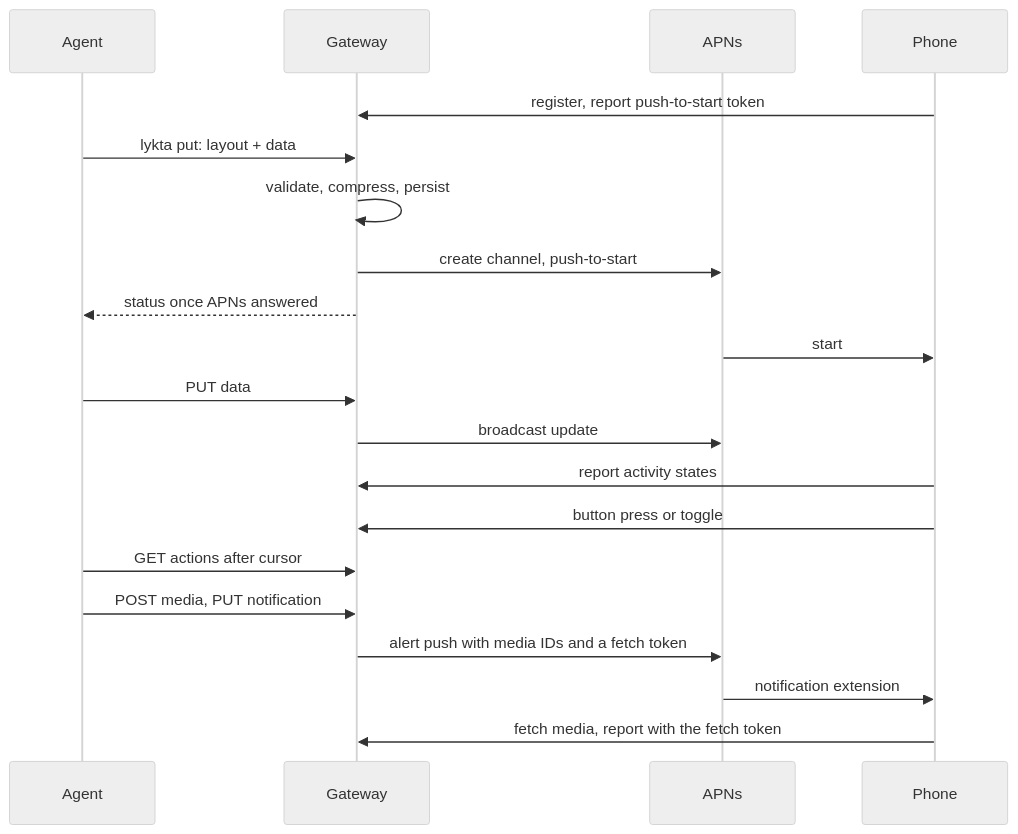
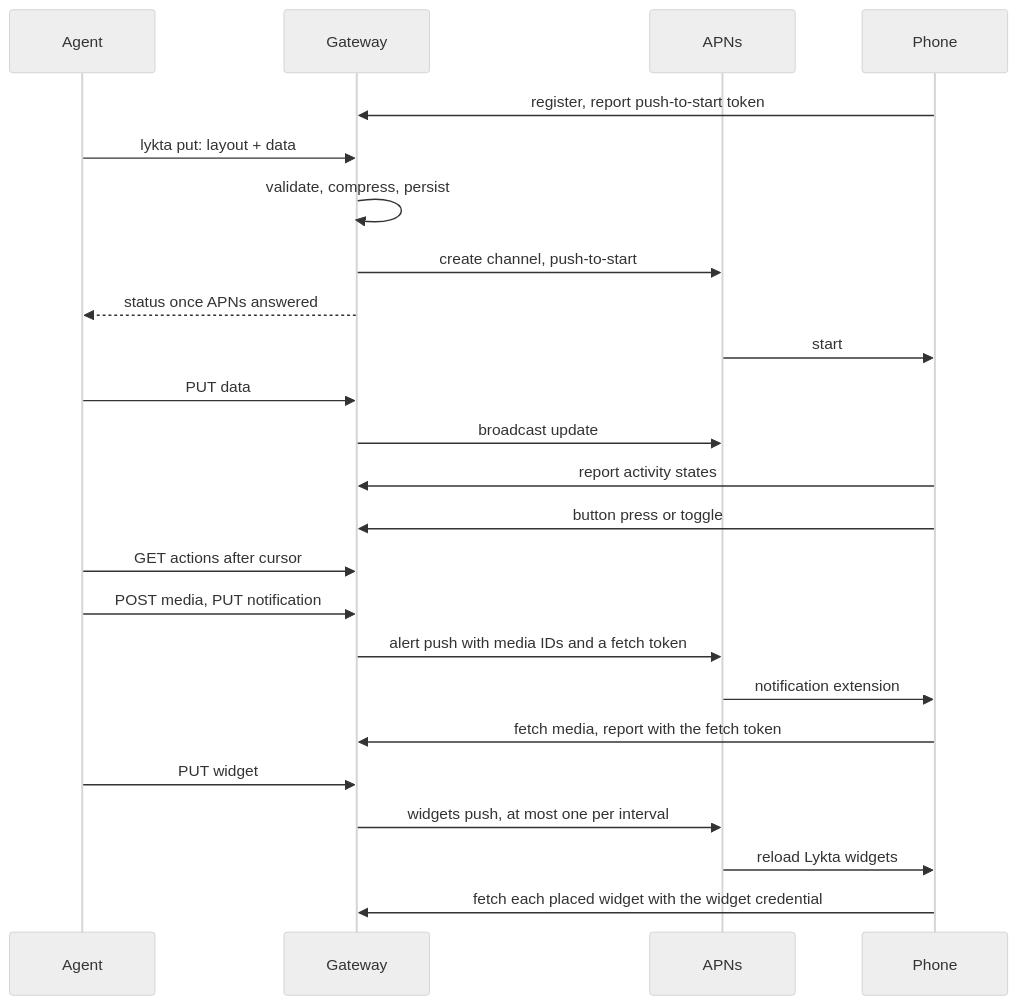
One commit to emileberhard/Lykta changed the diagram in docs/architecture.md. Above: the diagram before and after it, drawn with Mermaid (neutral theme). The commit also changed other lines of this file and 3 other files, not shown here.

````diff
--- a/docs/architecture.md
+++ b/docs/architecture.md
@@ -22,22 +25,26 @@
 ```mermaid
 sequenceDiagram
     participant Agent
     participant Gateway
     participant APNs
     participant Phone
     Phone->>Gateway: register, report push-to-start token
     Agent->>Gateway: lykta put: layout + data
     Gateway->>Gateway: validate, compress, persist
     Gateway->>APNs: create channel, push-to-start
     Gateway-->>Agent: status once APNs answered
     APNs->>Phone: start
     Agent->>Gateway: PUT data
     Gateway->>APNs: broadcast update
     Phone->>Gateway: report activity states
     Phone->>Gateway: button press or toggle
     Agent->>Gateway: GET actions after cursor
     Agent->>Gateway: POST media, PUT notification
     Gateway->>APNs: alert push with media IDs and a fetch token
     APNs->>Phone: notification extension
     Phone->>Gateway: fetch media, report with the fetch token
+    Agent->>Gateway: PUT widget
+    Gateway->>APNs: widgets push, at most one per interval
+    APNs->>Phone: reload Lykta widgets
+    Phone->>Gateway: fetch each placed widget with the widget credential
 ```
````
